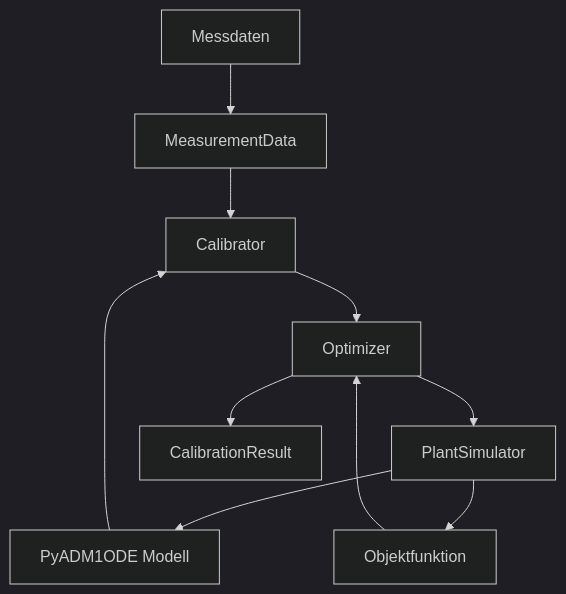
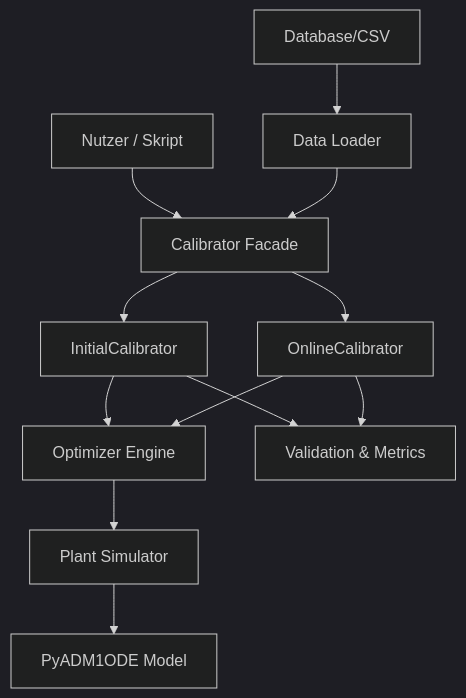
The first of 2 diagrams in docs/de/architecture/index.md (dgaida/PyADM1ODE_calibration), drawn with Mermaid (dark theme) before and after one commit. The commit also changed other lines of this file and 48 other files, not shown here.

````diff
--- a/docs/de/architecture/index.md
+++ b/docs/de/architecture/index.md
@@ -9,12 +9,18 @@
 ```mermaid
 graph TD
-    A[Messdaten] --> B[MeasurementData]
-    B --> C[Calibrator]
-    D[PyADM1ODE Modell] --> C
-    C --> E[Optimizer]
-    E --> F[PlantSimulator]
-    F --> D
-    F --> G[Objektfunktion]
-    G --> E
-    E --> H[CalibrationResult]
+    A[Nutzer / Skript] --> B[Calibrator Facade]
+    B --> C[InitialCalibrator]
+    B --> D[OnlineCalibrator]
+
+    C --> E[Optimizer Engine]
+    D --> E
+
+    E --> F[Plant Simulator]
+    F --> G[PyADM1ODE Model]
+
+    H[Data Loader] --> B
+    I[Database/CSV] --> H
+
+    C --> J[Validation & Metrics]
+    D --> J
 ```
````
